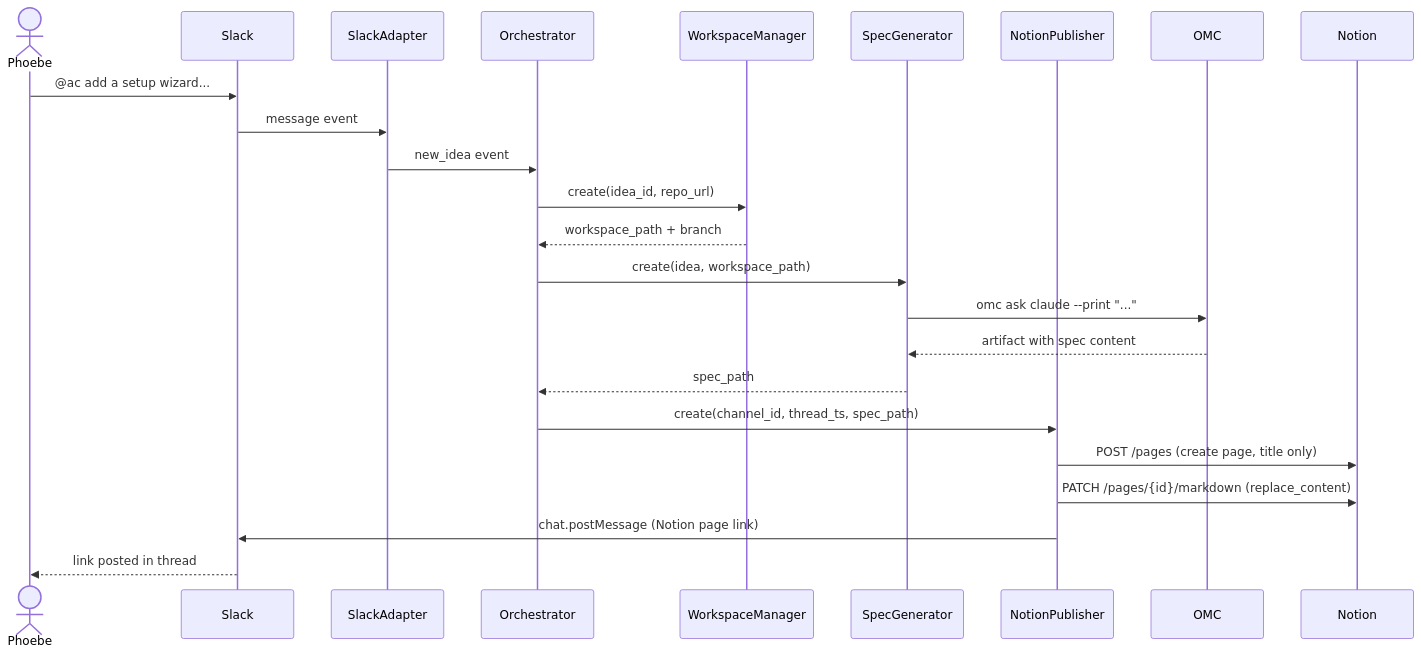
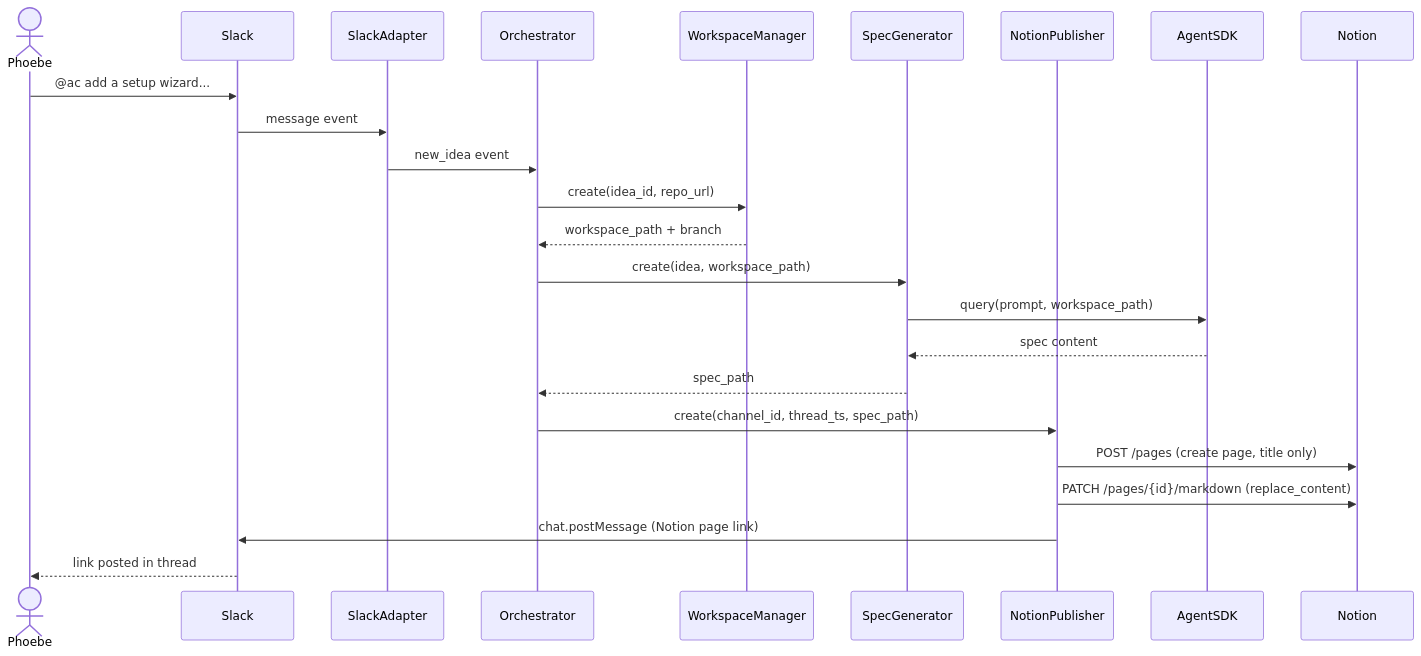
Before and after one commit to markdstafford/autocatalyst: the second of 3 diagrams in context-human/specs/enhancement-notion-publisher.md, drawn with Mermaid. The commit also changed other lines of this file, not shown here.

Commit message:
docs: update enhancement-notion-publisher.md to reference Agent SDK instead of OMC

````diff
--- a/context-human/specs/enhancement-notion-publisher.md
+++ b/context-human/specs/enhancement-notion-publisher.md
@@ -141,25 +141,25 @@
 ```mermaid
 sequenceDiagram
     actor Phoebe
     participant Slack
     participant SlackAdapter
     participant Orchestrator
     participant WorkspaceManager
     participant SpecGenerator
     participant NotionPublisher
 
     Phoebe->>Slack: @ac add a setup wizard...
     Slack->>SlackAdapter: message event
     SlackAdapter->>Orchestrator: new_idea event
     Orchestrator->>WorkspaceManager: create(idea_id, repo_url)
     WorkspaceManager-->>Orchestrator: workspace_path + branch
     Orchestrator->>SpecGenerator: create(idea, workspace_path)
-    SpecGenerator->>OMC: omc ask claude --print "..."
-    OMC-->>SpecGenerator: artifact with spec content
+    SpecGenerator->>AgentSDK: query(prompt, workspace_path)
+    AgentSDK-->>SpecGenerator: spec content
     SpecGenerator-->>Orchestrator: spec_path
     Orchestrator->>NotionPublisher: create(channel_id, thread_ts, spec_path)
     NotionPublisher->>Notion: POST /pages (create page, title only)
     NotionPublisher->>Notion: PATCH /pages/{id}/markdown (replace_content)
     NotionPublisher->>Slack: chat.postMessage (Notion page link)
     Slack-->>Phoebe: link posted in thread
 ```
````
